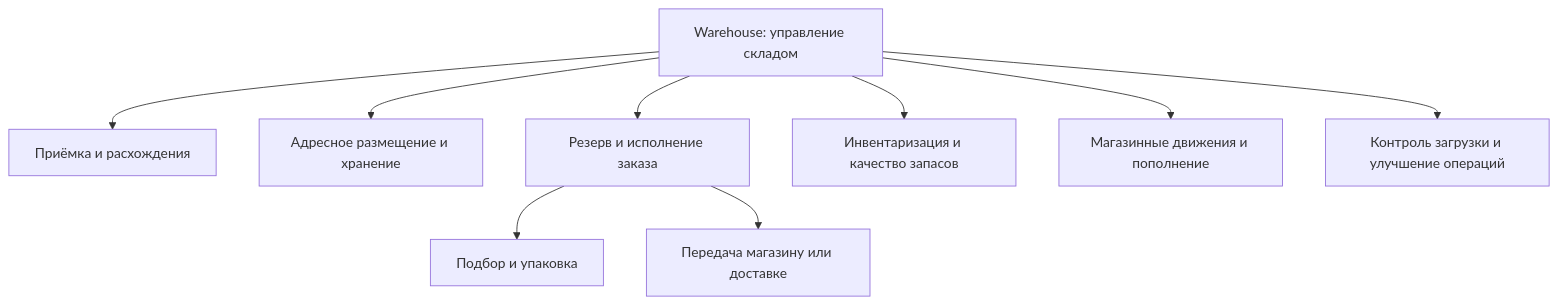
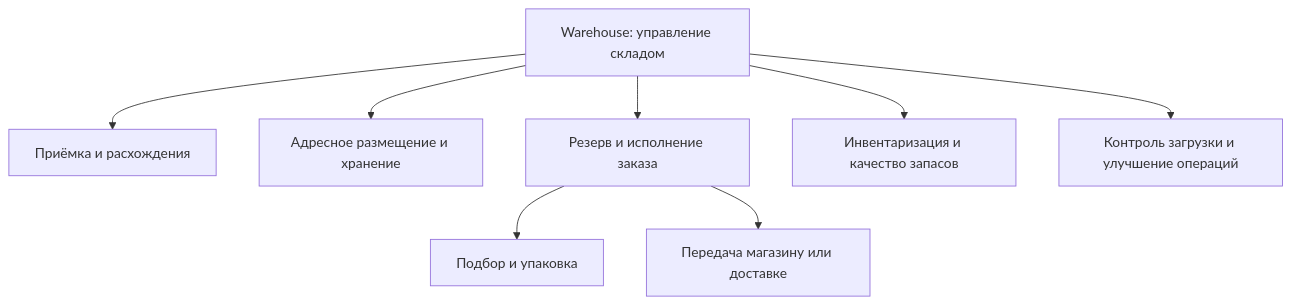
Before and after one commit to rsingatulin/hse_architecture: the diagram in 03_warehouse_domain/01_Business_Architecture/Business_Capabilities/WH-VIS-001-vision.md, drawn with Mermaid. The commit also changed other lines of this file and 59 other files, not shown here.

First line of the commit message:
Revert Warehouse architecture updates

````diff
--- a/03_warehouse_domain/01_Business_Architecture/Business_Capabilities/WH-VIS-001-vision.md
+++ b/03_warehouse_domain/01_Business_Architecture/Business_Capabilities/WH-VIS-001-vision.md
@@ -20,12 +20,11 @@
 ```mermaid
 flowchart TB
   W["Warehouse: управление складом"]
   W --> I["Приёмка и расхождения"]
   W --> S["Адресное размещение и хранение"]
   W --> F["Резерв и исполнение заказа"]
   W --> C["Инвентаризация и качество запасов"]
-  W --> M["Магазинные движения и пополнение"]
   W --> O["Контроль загрузки и улучшение операций"]
   F --> P["Подбор и упаковка"]
   F --> H["Передача магазину или доставке"]
 ```
````
